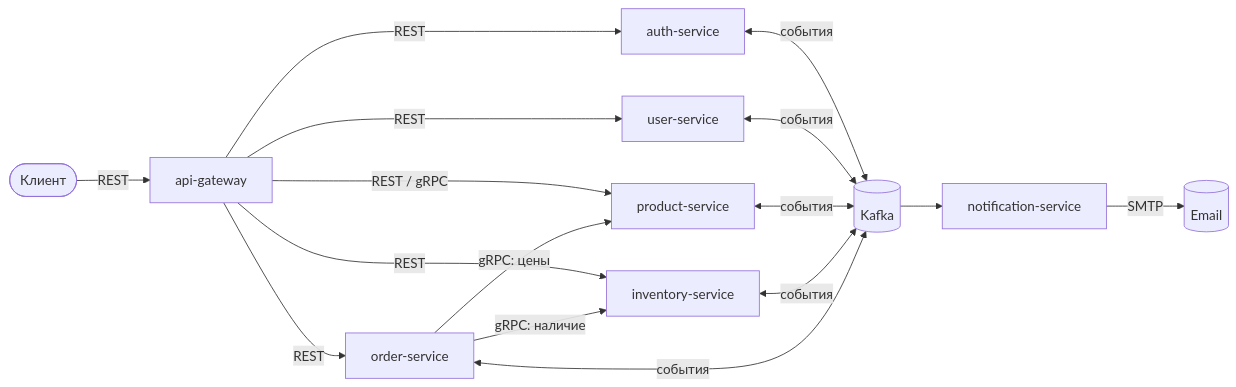
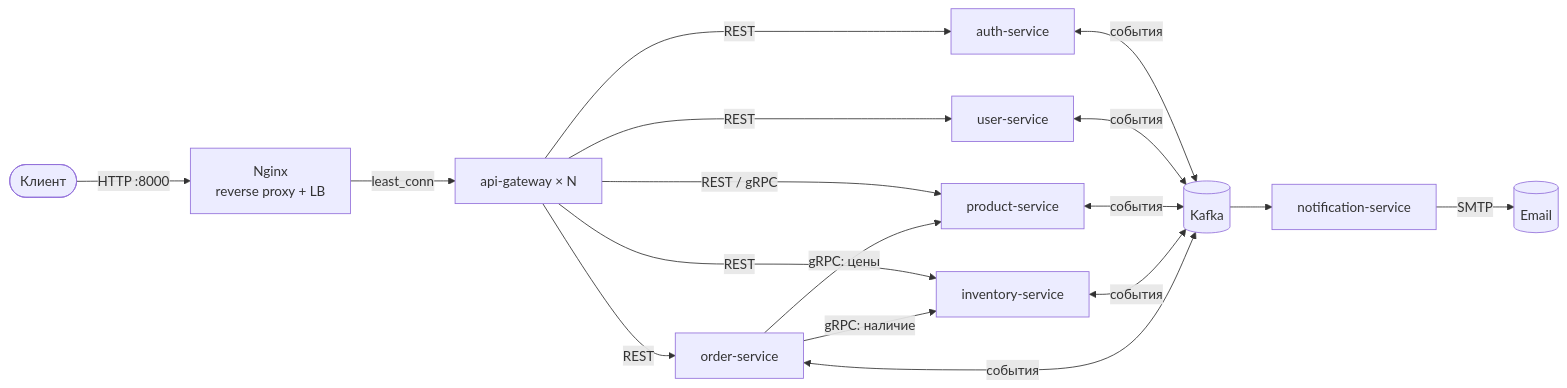
Before and after one commit to Axierrerer/event-driven-orders-platform: the first of 2 diagrams in README.ru.md, drawn with Mermaid. The commit also changed other lines of this file and 28 other files, not shown here.

````diff
--- a/README.ru.md
+++ b/README.ru.md
@@ -45,17 +47,18 @@
 ```mermaid
 flowchart LR
-    client([Клиент]) -->|REST| gw[api-gateway]
+    client([Клиент]) -->|HTTP :8000| nginx[Nginx<br/>reverse proxy + LB]
+    nginx -->|least_conn| gw[api-gateway × N]
 
     gw -->|REST| auth[auth-service]
     gw -->|REST| users[user-service]
     gw -->|REST / gRPC| product[product-service]
     gw -->|REST| inventory[inventory-service]
     gw -->|REST| orders[order-service]
 
     orders -->|gRPC: наличие| inventory
     orders -->|gRPC: цены| product
 
     auth & users & product & inventory & orders <-->|события| kafka[(Kafka)]
     kafka --> notify[notification-service]
     notify -->|SMTP| mail[(Email)]
 ```
````
